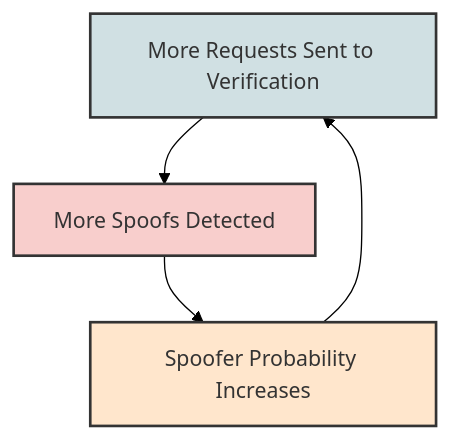
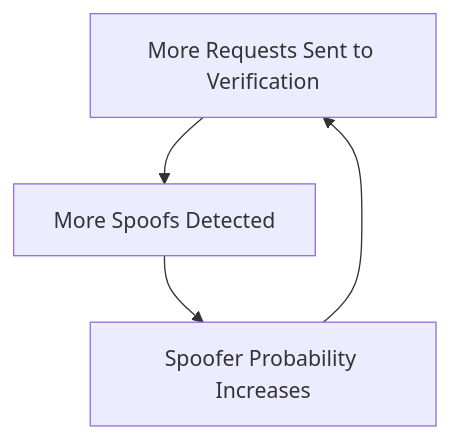
The third of 5 diagrams in VERIFICATION_README.md (context-labs/sglang), drawn with Mermaid before and after one commit. The commit also changed other lines of this file, not shown here.

Commit message:
fixed the mermaid diagram colors

````diff
--- a/VERIFICATION_README.md
+++ b/VERIFICATION_README.md
@@ -171,11 +156,8 @@
 ```mermaid
-%%{init: {'theme': 'base', 'themeVariables': { 'background': '#ffffff' }}}%%
 graph TD
     A[More Requests Sent to Verification] --> B[More Spoofs Detected]
     B --> C[Spoofer Probability Increases]
     C --> A
 
-    style A fill:#d0e0e3,stroke:#333,stroke-width:2px
-    style B fill:#f8cecc,stroke:#333,stroke-width:2px
-    style C fill:#ffe6cc,stroke:#333,stroke-width:2px
+
 ```
````
